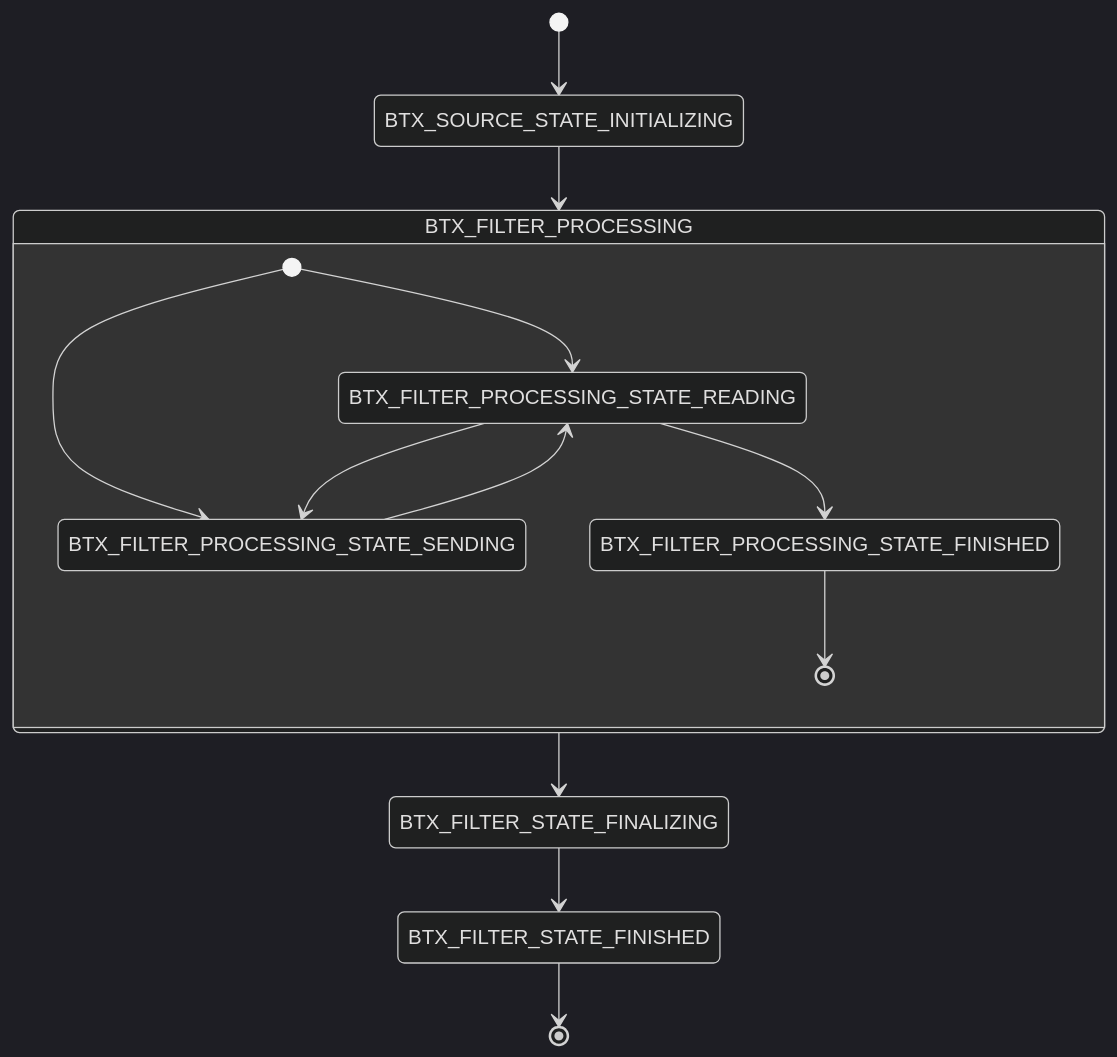
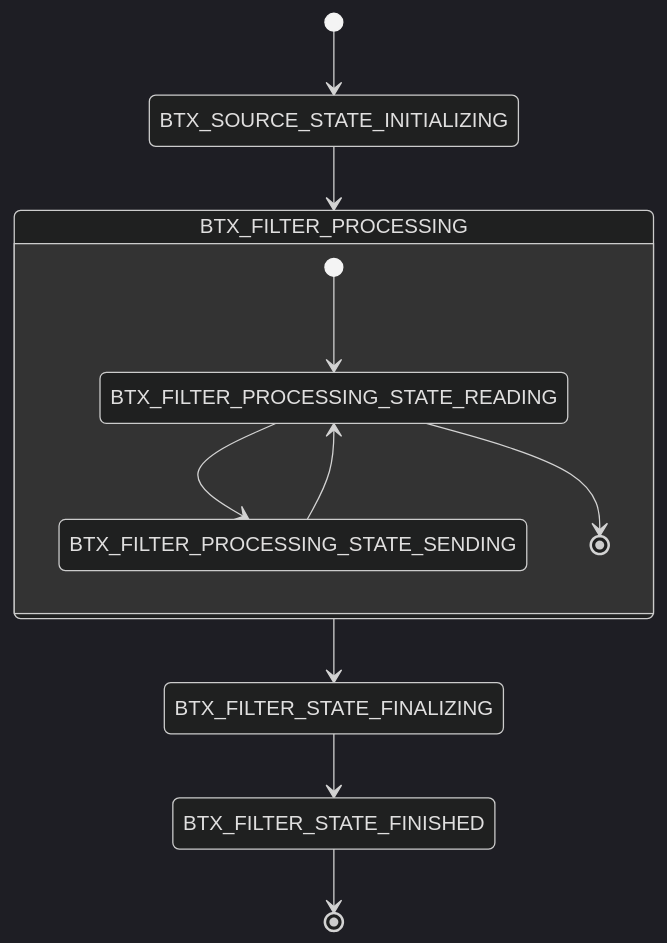
The second of 2 diagrams in README.md (TApplencourt/metababel), drawn with Mermaid (dark theme) before and after one commit. The commit also changed other lines of this file, not shown here.

````diff
--- a/README.md
+++ b/README.md
@@ -39,16 +38,14 @@
 ```mermaid
 stateDiagram-v2
     [*] --> BTX_SOURCE_STATE_INITIALIZING
     BTX_SOURCE_STATE_INITIALIZING --> BTX_FILTER_PROCESSING
     state BTX_FILTER_PROCESSING {
         [*] --> BTX_FILTER_PROCESSING_STATE_READING
-        [*] --> BTX_FILTER_PROCESSING_STATE_SENDING
-	BTX_FILTER_PROCESSING_STATE_SENDING --> BTX_FILTER_PROCESSING_STATE_READING
+	    BTX_FILTER_PROCESSING_STATE_SENDING --> BTX_FILTER_PROCESSING_STATE_READING
     	BTX_FILTER_PROCESSING_STATE_READING --> BTX_FILTER_PROCESSING_STATE_SENDING
-	BTX_FILTER_PROCESSING_STATE_READING --> BTX_FILTER_PROCESSING_STATE_FINISHED
-	BTX_FILTER_PROCESSING_STATE_FINISHED --> [*]
+	    BTX_FILTER_PROCESSING_STATE_READING --> [*]
     }
     BTX_FILTER_PROCESSING --> BTX_FILTER_STATE_FINALIZING
     BTX_FILTER_STATE_FINALIZING --> BTX_FILTER_STATE_FINISHED
     BTX_FILTER_STATE_FINISHED --> [*]
 ```
````
